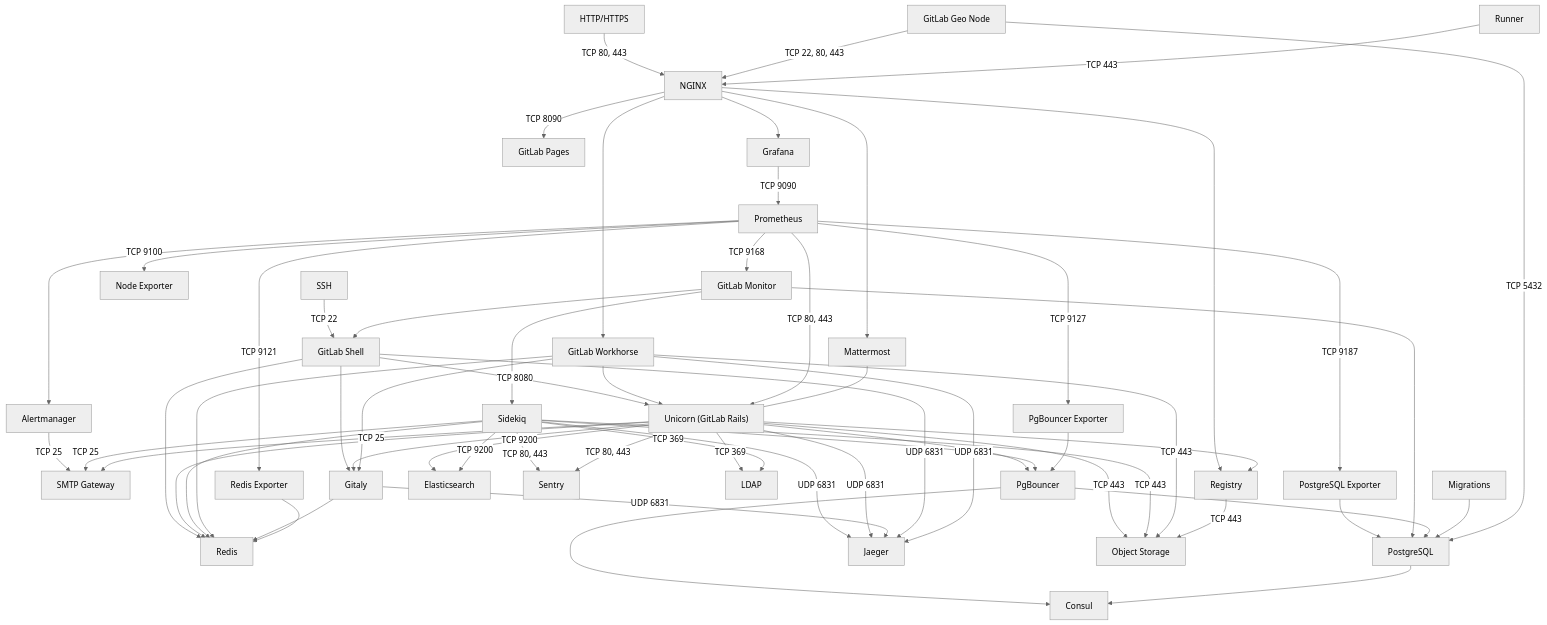
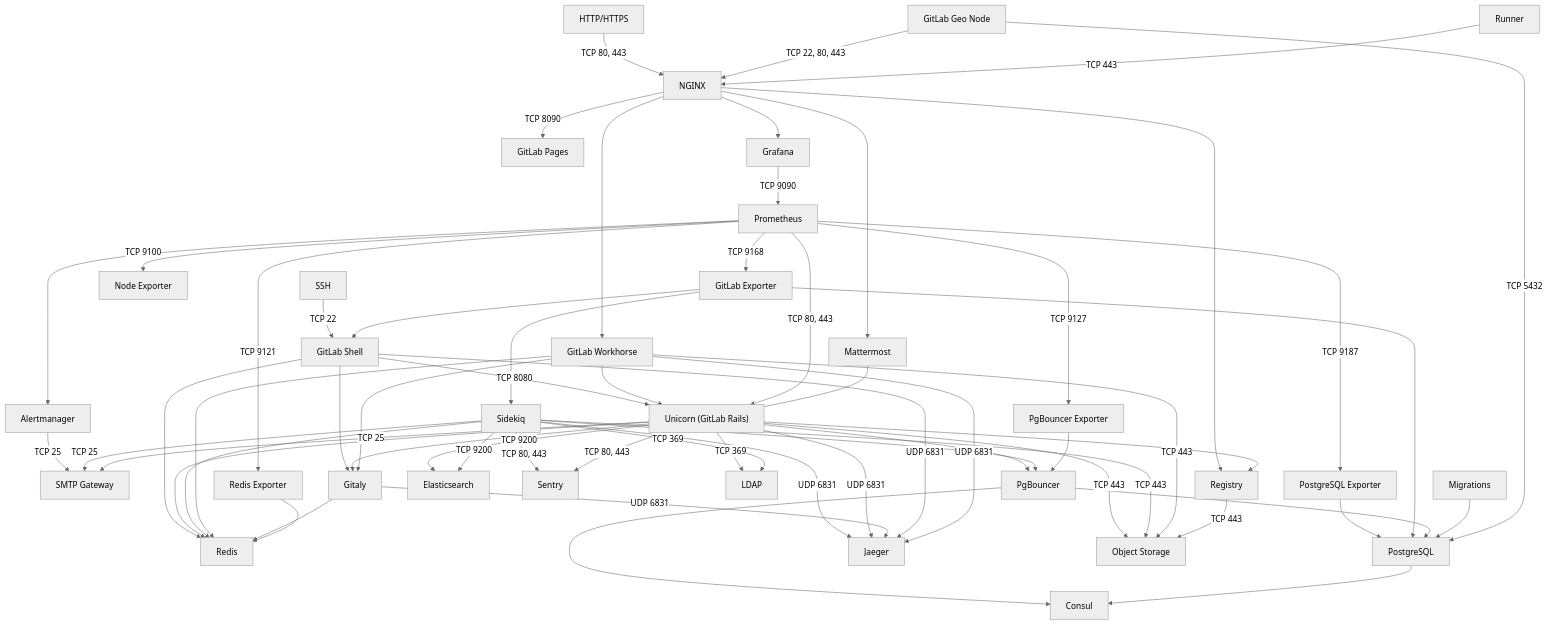
Before and after one commit to nickbrandt/GitLab: the diagram in doc/development/architecture.md, drawn with Mermaid (neutral theme). The commit also changed other lines of this file and 7 other files, not shown here.

First line of the commit message:
Rename gitlab-monitor -> gitlab-exporter

````diff
--- a/doc/development/architecture.md
+++ b/doc/development/architecture.md
@@ -50,66 +50,66 @@
 ```mermaid
 graph TB
 
   HTTP[HTTP/HTTPS] -- TCP 80, 443 --> NGINX[NGINX]
   SSH -- TCP 22 --> GitLabShell[GitLab Shell]
   SMTP[SMTP Gateway]
   Geo[GitLab Geo Node] -- TCP 22, 80, 443 --> NGINX
 
   GitLabShell --TCP 8080 -->Unicorn["Unicorn (GitLab Rails)"]
   GitLabShell --> Gitaly
   GitLabShell --> Redis
   Unicorn --> PgBouncer[PgBouncer]
   Unicorn --> Redis
   Unicorn --> Gitaly
   Sidekiq --> Redis
   Sidekiq --> PgBouncer
   GitLabWorkhorse[GitLab Workhorse] --> Unicorn
   GitLabWorkhorse --> Redis
   GitLabWorkhorse --> Gitaly
   Gitaly --> Redis
   NGINX --> GitLabWorkhorse
   NGINX -- TCP 8090 --> GitLabPages[GitLab Pages]
   NGINX --> Grafana[Grafana]
   Grafana -- TCP 9090 --> Prometheus[Prometheus]
   Prometheus -- TCP 80, 443 --> Unicorn
   RedisExporter[Redis Exporter] --> Redis
   Prometheus -- TCP 9121 --> RedisExporter
   PostgreSQLExporter[PostgreSQL Exporter] --> PostgreSQL
   PgBouncerExporter[PgBouncer Exporter] --> PgBouncer
   Prometheus -- TCP 9187 --> PostgreSQLExporter
   Prometheus -- TCP 9100 --> NodeExporter[Node Exporter]
-  Prometheus -- TCP 9168 --> GitLabMonitor[GitLab Monitor]
+  Prometheus -- TCP 9168 --> GitLabExporter[GitLab Exporter]
   Prometheus -- TCP 9127 --> PgBouncerExporter
-  GitLabMonitor --> PostgreSQL
-  GitLabMonitor --> GitLabShell
-  GitLabMonitor --> Sidekiq
+  GitLabExporter --> PostgreSQL
+  GitLabExporter --> GitLabShell
+  GitLabExporter --> Sidekiq
   PgBouncer --> Consul
   PostgreSQL --> Consul
   PgBouncer --> PostgreSQL
   NGINX --> Registry
   Unicorn --> Registry
   NGINX --> Mattermost
   Mattermost --- Unicorn
   Prometheus --> Alertmanager
   Migrations --> PostgreSQL
   Runner -- TCP 443 --> NGINX
   Unicorn -- TCP 9200 --> Elasticsearch
   Sidekiq -- TCP 9200 --> Elasticsearch
   Sidekiq -- TCP 80, 443 --> Sentry
   Unicorn -- TCP 80, 443 --> Sentry
   Sidekiq -- UDP 6831 --> Jaeger
   Unicorn -- UDP 6831 --> Jaeger
   Gitaly -- UDP 6831 --> Jaeger
   GitLabShell -- UDP 6831 --> Jaeger
   GitLabWorkhorse -- UDP 6831 --> Jaeger
   Alertmanager -- TCP 25 --> SMTP
   Sidekiq -- TCP 25 --> SMTP
   Unicorn -- TCP 25 --> SMTP
   Unicorn -- TCP 369 --> LDAP
   Sidekiq -- TCP 369 --> LDAP
   Unicorn -- TCP 443 --> ObjectStorage["Object Storage"]
   Sidekiq -- TCP 443 --> ObjectStorage
   GitLabWorkhorse -- TCP 443 --> ObjectStorage
   Registry -- TCP 443 --> ObjectStorage
   Geo -- TCP 5432 --> PostgreSQL
 ```
````
